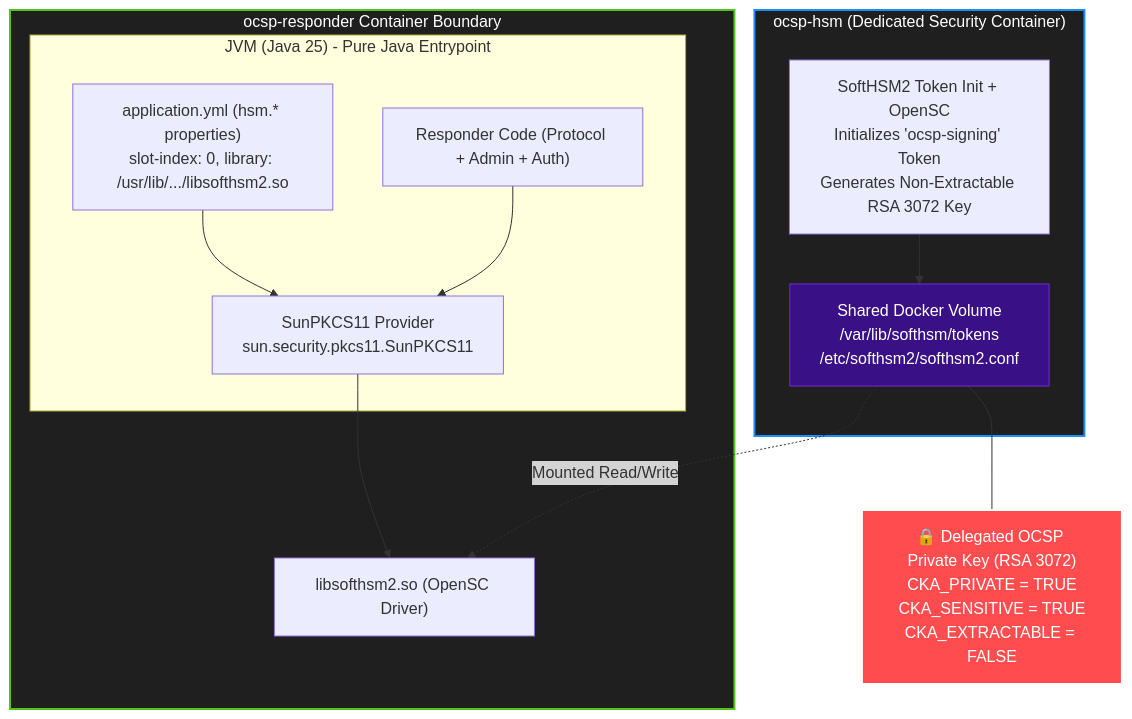
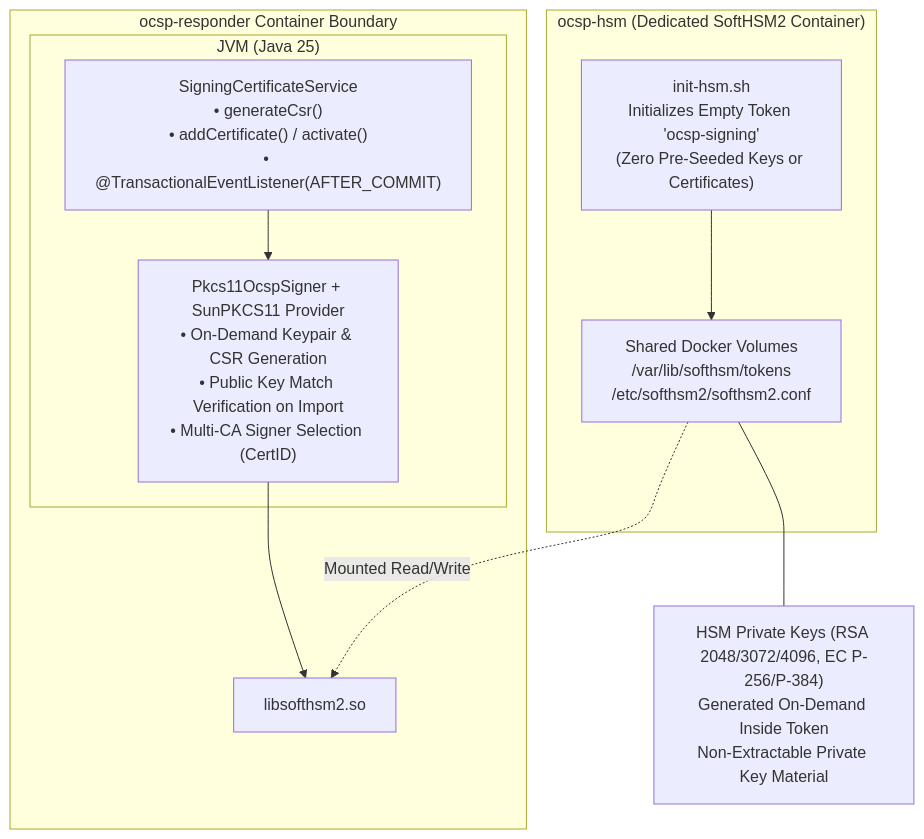
Before and after one commit to Majdzapa/OCSP: the sixth of 6 diagrams in ARCHITECTURE.md, drawn with Mermaid. The commit also changed other lines of this file, not shown here.

Commit message:
docs(architecture): update ARCHITECTURE.md to v5.0 reflecting current zero-seed PKI, multi-CA HSM signing, and RabbitMQ reconciliation

````diff
--- a/ARCHITECTURE.md
+++ b/ARCHITECTURE.md
@@ -374,29 +446,21 @@
 ```mermaid
 graph TD
-    subgraph HSM_CONTAINER["ocsp-hsm (Dedicated Security Container)"]
-        HSM_INIT["SoftHSM2 Token Init + OpenSC<br/>Initializes 'ocsp-signing' Token<br/>Generates Non-Extractable RSA 3072 Key"]
-        SHARED_TOKENS["Shared Docker Volume<br/>/var/lib/softhsm/tokens<br/>/etc/softhsm2/softhsm2.conf"]
+    subgraph HSM_CONTAINER["ocsp-hsm (Dedicated SoftHSM2 Container)"]
+        HSM_INIT["init-hsm.sh<br/>Initializes Empty Token 'ocsp-signing'<br/>(Zero Pre-Seeded Keys or Certificates)"]
+        SHARED_TOKENS["Shared Docker Volumes<br/>/var/lib/softhsm/tokens<br/>/etc/softhsm2/softhsm2.conf"]
         HSM_INIT --> SHARED_TOKENS
     end
 
     subgraph RESP_CONTAINER["ocsp-responder Container Boundary"]
-        subgraph PROCESS["JVM (Java 25) - Pure Java Entrypoint"]
-            APP_PROPS["application.yml (hsm.* properties)<br/>slot-index: 0, library: /usr/lib/.../libsofthsm2.so"]
-            APP_CODE["Responder Code (Protocol + Admin + Auth)"]
-            SUN_PKCS11["SunPKCS11 Provider<br/>sun.security.pkcs11.SunPKCS11"]
-            APP_PROPS --> SUN_PKCS11
-            APP_CODE --> SUN_PKCS11
+        subgraph PROCESS["JVM (Java 25)"]
+            SIGN_SVC["SigningCertificateService<br/>• generateCsr()<br/>• addCertificate() / activate()<br/>• @TransactionalEventListener(AFTER_COMMIT)"]
+            PKCS11["Pkcs11OcspSigner + SunPKCS11 Provider<br/>• On-Demand Keypair & CSR Generation<br/>• Public Key Match Verification on Import<br/>• Multi-CA Signer Selection (CertID)"]
+            SIGN_SVC --> PKCS11
         end
-
-        LIB["libsofthsm2.so (OpenSC Driver)"]
-        SUN_PKCS11 --> LIB
+        LIB["libsofthsm2.so"]
+        PKCS11 --> LIB
     end
 
     SHARED_TOKENS -.->|Mounted Read/Write| LIB
-    SHARED_TOKENS --- PRIV_KEY["🔒 Delegated OCSP Private Key (RSA 3072)<br/>CKA_PRIVATE = TRUE<br/>CKA_SENSITIVE = TRUE<br/>CKA_EXTRACTABLE = FALSE"]
-
-    style PRIV_KEY fill:#ff4d4f,stroke:#fff,stroke-width:2px,color:#fff
-    style SHARED_TOKENS fill:#391085,stroke:#722ed1,stroke-width:1px,color:#fff
-    style HSM_CONTAINER fill:#1f1f1f,stroke:#1890ff,stroke-width:2px,color:#fff
-    style RESP_CONTAINER fill:#1f1f1f,stroke:#52c41a,stroke-width:2px,color:#fff
+    SHARED_TOKENS --- PRIV_KEY["HSM Private Keys (RSA 2048/3072/4096, EC P-256/P-384)<br/>Generated On-Demand Inside Token<br/>Non-Extractable Private Key Material"]
 ```
````
